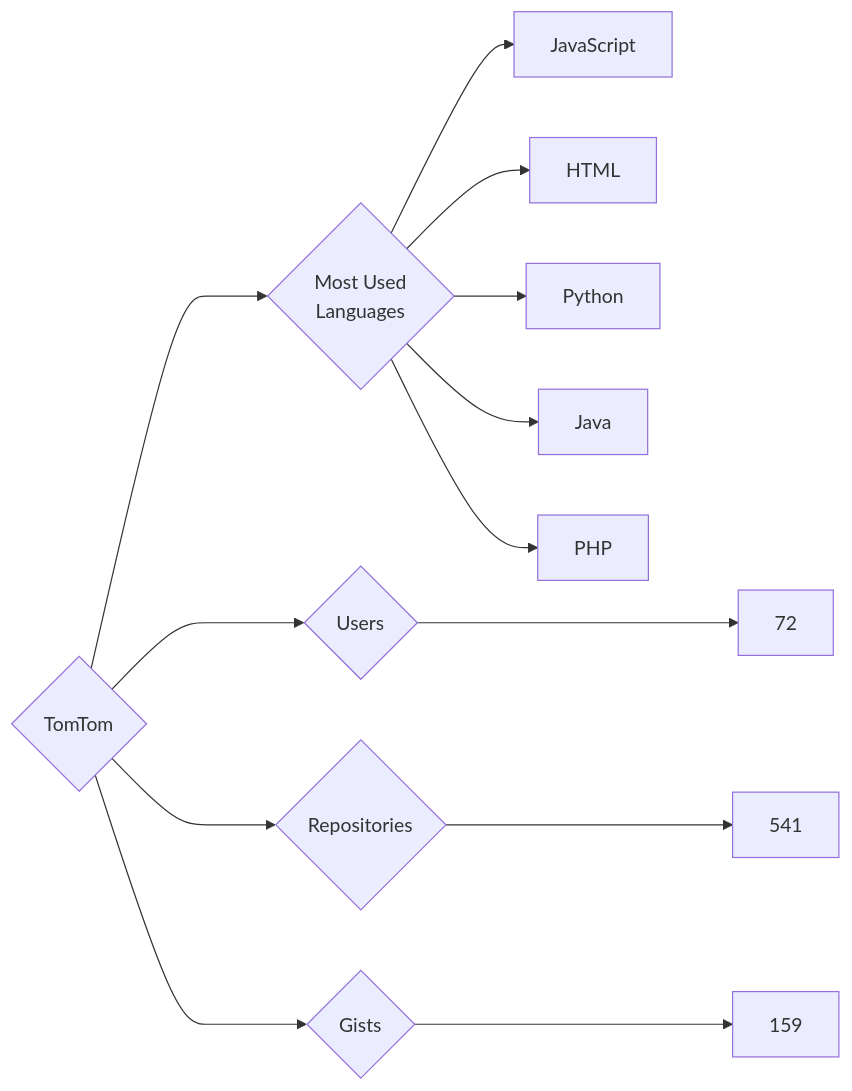
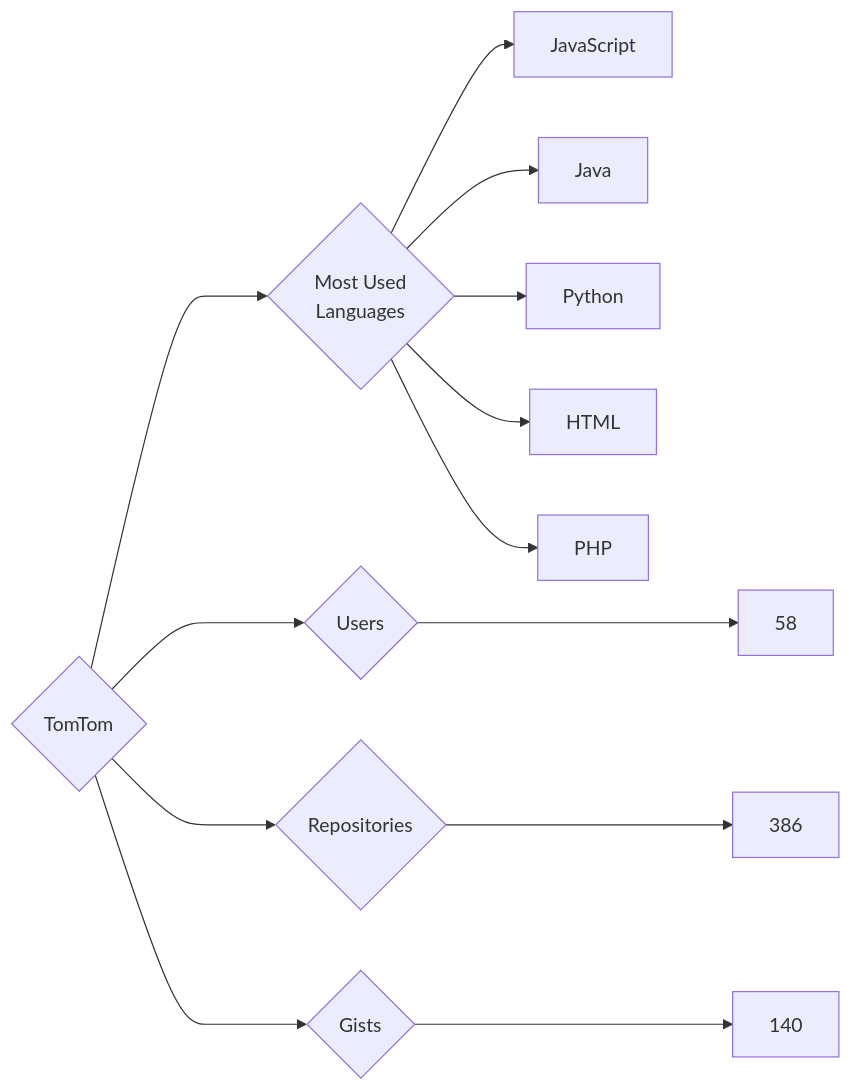
One commit to trickest/insiders changed the diagram in targets/TomTom/README.md. Above: the diagram before and after it, drawn with Mermaid. The commit also changed 695 other files, not shown here.

````diff
--- a/targets/TomTom/README.md
+++ b/targets/TomTom/README.md
@@ -3,13 +3,13 @@
 ```mermaid
 graph LR
 COMPANY_NAME{TomTom}
-COMPANY_NAME ---> U{Users} ---> UN[72]
-COMPANY_NAME ---> R{Repositories} ---> RN[541]
-COMPANY_NAME ---> G{Gists} ---> GN[159]
+COMPANY_NAME ---> U{Users} ---> UN[58]
+COMPANY_NAME ---> R{Repositories} ---> RN[386]
+COMPANY_NAME ---> G{Gists} ---> GN[140]
 COMPANY_NAME ---> ML{Most Used<br>Languages}
 ML --> JavaScript[JavaScript]
+ML --> Java[Java]
+ML --> Python[Python]
 ML --> HTML[HTML]
-ML --> Python[Python]
-ML --> Java[Java]
 ML --> PHP[PHP]
 ```
````
